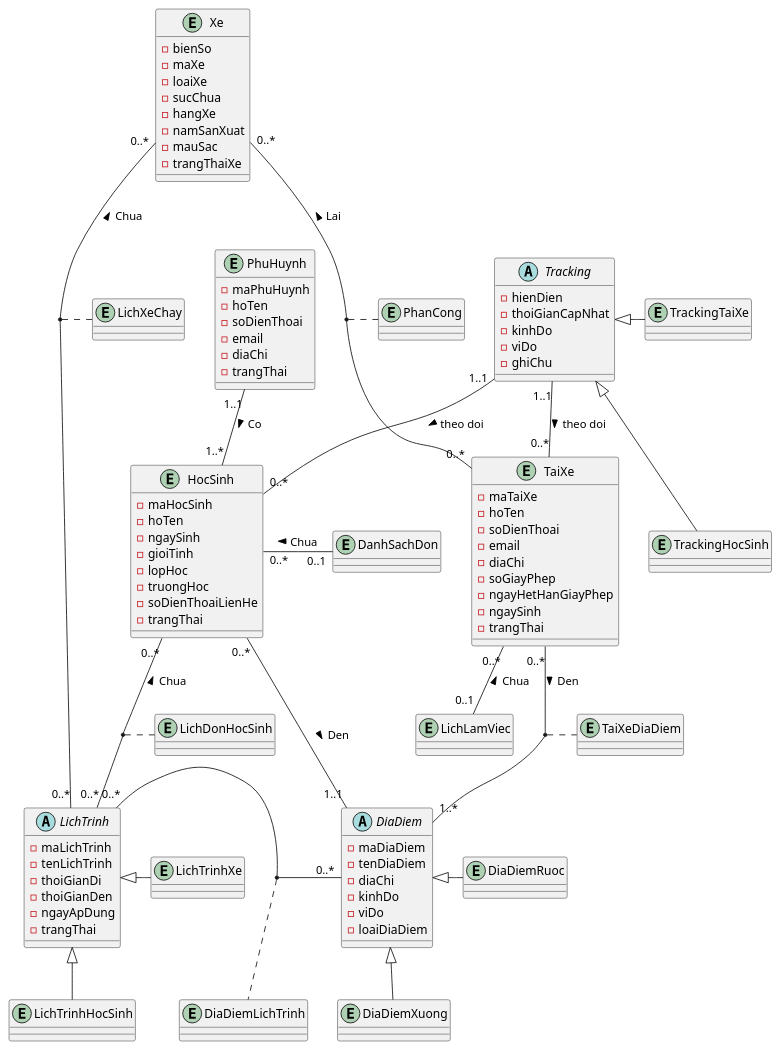
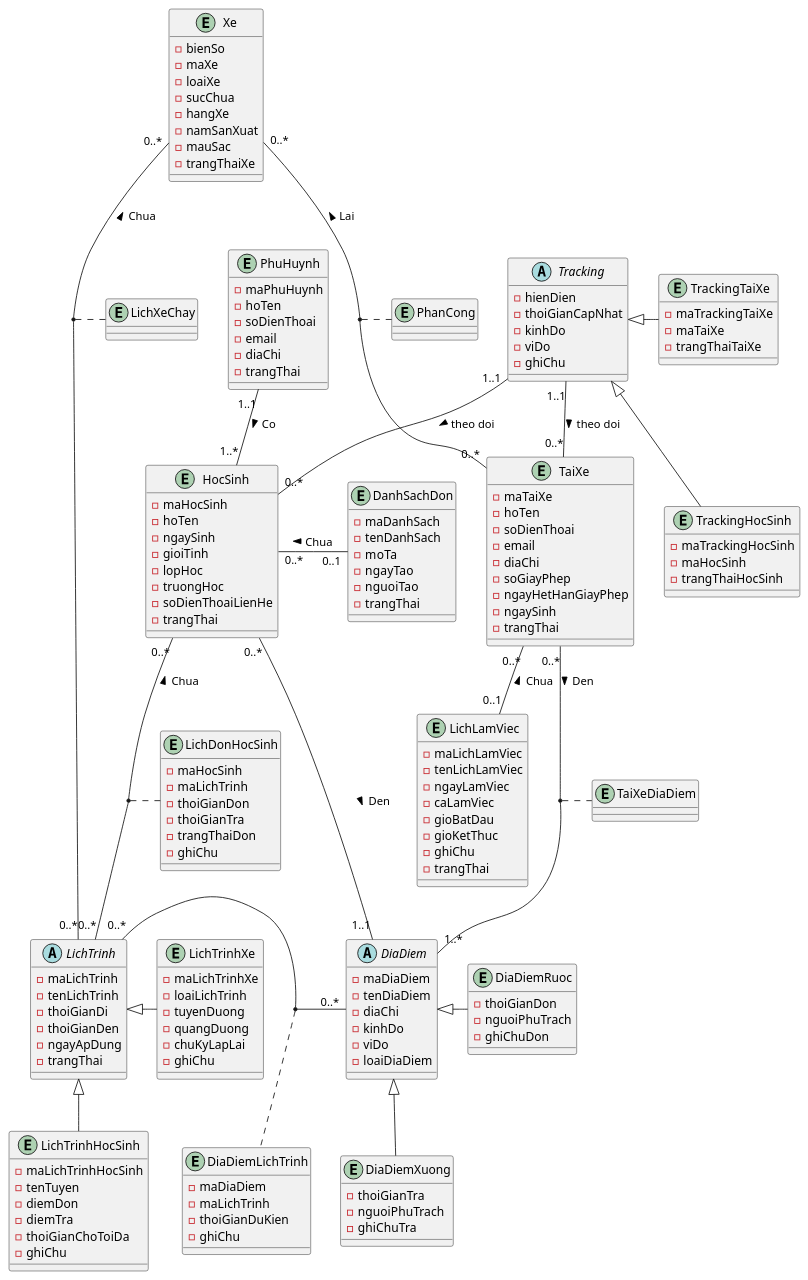
The diagram in Bus-Smart-app/public/model/uml/domain/class.puml (Bancie/UltraBus), drawn with PlantUML before and after one commit.

```diff
--- a/Bus-Smart-app/public/model/uml/domain/class.puml
+++ b/Bus-Smart-app/public/model/uml/domain/class.puml
@@ -1,148 +1,193 @@
 @startuml
 ' Entity
 entity TaiXe {
     - maTaiXe
     - hoTen
     - soDienThoai
     - email
     - diaChi
     - soGiayPhep
     - ngayHetHanGiayPhep
     - ngaySinh
     - trangThai
 }
 
 entity PhuHuynh {
     - maPhuHuynh
     - hoTen
     - soDienThoai
     - email
     - diaChi
     - trangThai
 }
 
 entity HocSinh {
     - maHocSinh
     - hoTen
     - ngaySinh
     - gioiTinh
     - lopHoc
     - truongHoc
     - soDienThoaiLienHe
     - trangThai
 }
 
 entity LichLamViec {
-
+    - maLichLamViec
+    - tenLichLamViec
+    - ngayLamViec
+    - caLamViec
+    - gioBatDau
+    - gioKetThuc
+    - ghiChu
+    - trangThai
 }
 
 entity DanhSachDon {
-
+    - maDanhSach
+    - tenDanhSach
+    - moTa
+    - ngayTao
+    - nguoiTao
+    - trangThai
 }
 
 abstract LichTrinh {
     - maLichTrinh
     - tenLichTrinh
     - thoiGianDi
     - thoiGianDen
     - ngayApDung
     - trangThai
 }
 
 entity LichTrinhXe {
-
+    - maLichTrinhXe
+    - loaiLichTrinh
+    - tuyenDuong
+    - quangDuong
+    - chuKyLapLai
+    - ghiChu
 }
 
 entity LichTrinhHocSinh {
-
+    - maLichTrinhHocSinh
+    - tenTuyen
+    - diemDon
+    - diemTra
+    - thoiGianChoToiDa
+    - ghiChu
 }
 
 entity Xe {
     - bienSo
     - maXe
     - loaiXe
     - sucChua
     - hangXe
     - namSanXuat
     - mauSac
     - trangThaiXe
 }
 
 entity PhanCong {
 
 }
 
 abstract Tracking {
     - hienDien
     - thoiGianCapNhat
     - kinhDo
     - viDo
     - ghiChu
 }
 
 entity TrackingTaiXe {
-
+    - maTrackingTaiXe
+    - maTaiXe
+    - trangThaiTaiXe
 }
 
 entity TrackingHocSinh {
-
+    - maTrackingHocSinh
+    - maHocSinh
+    - trangThaiHocSinh
 }
 
 entity LichXeChay {
 
 }
 
 entity LichDonHocSinh {
-
+    - maHocSinh
+    - maLichTrinh
+    - thoiGianDon
+    - thoiGianTra
+    - trangThaiDon
+    - ghiChu
 }
 
 entity TaiXe
 
 abstract DiaDiem {
     - maDiaDiem
     - tenDiaDiem
     - diaChi
     - kinhDo
     - viDo
     - loaiDiaDiem
 }
-entity DiaDiemRuoc
-entity DiaDiemXuong
+entity DiaDiemRuoc {
+    - thoiGianDon
+    - nguoiPhuTrach
+    - ghiChuDon
+}
+entity DiaDiemXuong {
+    - thoiGianTra
+    - nguoiPhuTrach
+    - ghiChuTra
+}
 
 entity TaiXeDiaDiem
+entity TaiXeDiaDiem
 
-entity DiaDiemLichTrinh
+entity DiaDiemLichTrinh {
+    - maDiaDiem
+    - maLichTrinh
+    - thoiGianDuKien
+    - ghiChu
+}
 
 ' Association
 
 TaiXe"0..*" -- "0..1"LichLamViec : Chua <
 
 LichTrinh <|- LichTrinhXe
 LichTrinh <|-- LichTrinhHocSinh
 
 HocSinh"0..*" -- "0..*"LichTrinh : Chua <
 HocSinh"0..*" - "0..1"DanhSachDon : Chua <
 
 Xe"0..*" -- "0..*"LichTrinh : Chua <
 Xe"0..*" -- "0..*"TaiXe : Lai <
 (Xe, TaiXe) . PhanCong
 
 PhuHuynh"1..1" -- "1..*"HocSinh : Co >
 
 Tracking <|- TrackingTaiXe
 Tracking <|-- TrackingHocSinh
 Tracking"1..1" -- "0..*"TaiXe : theo doi >
 Tracking"1..1" -- "0..*"HocSinh : theo doi >
 
 (Xe, LichTrinh) . LichXeChay
 (HocSinh, LichTrinh) . LichDonHocSinh
 
 DiaDiem <|- DiaDiemRuoc
 DiaDiem <|-- DiaDiemXuong
 HocSinh"0..*" --- "1..1"DiaDiem : Den >
 TaiXe"0..*" -- "1..*"DiaDiem : Den >
 (DiaDiem, TaiXe) . TaiXeDiaDiem
 
 LichTrinh"0..*" - "0..*"DiaDiem
 (LichTrinh, DiaDiem) . DiaDiemLichTrinh
 @enduml
```
